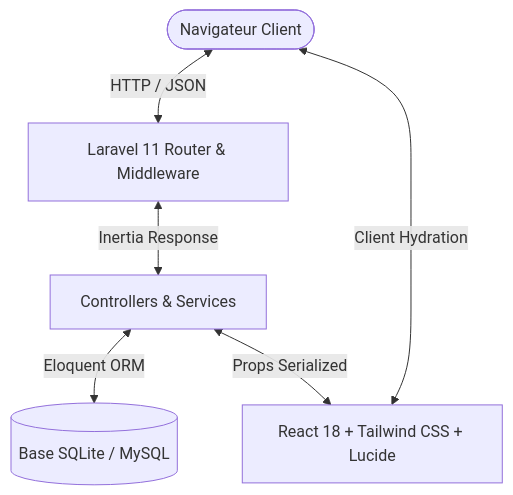
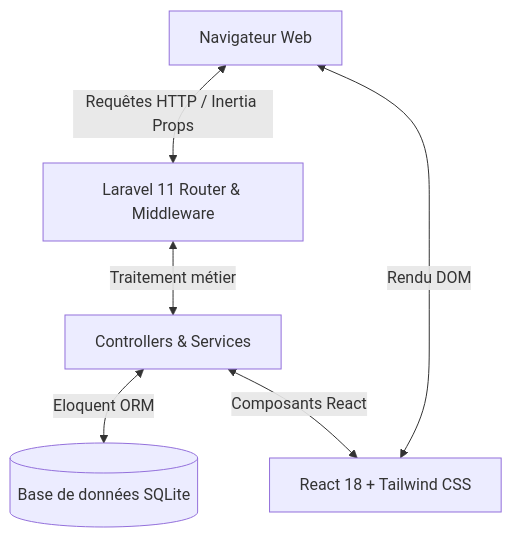
The diagram in README.md (EsdrasKoami/pulse--App), drawn with Mermaid before and after one commit. The commit also changed other lines of this file and 8 other files, not shown here.

````diff
--- a/README.md
+++ b/README.md
@@ -195,8 +199,8 @@
 ```mermaid
 graph TD
-    User([Navigateur Client]) <-->|HTTP / JSON| Router[Laravel 11 Router & Middleware]
-    Router <-->|Inertia Response| Controllers[Controllers & Services]
-    Controllers <-->|Eloquent ORM| SQLite[(Base SQLite / MySQL)]
-    Controllers <-->|Props Serialized| ReactUI[React 18 + Tailwind CSS + Lucide]
-    ReactUI <-->|Client Hydration| User
+    Client[Navigateur Web] <-->|Requêtes HTTP / Inertia Props| AppRouter[Laravel 11 Router & Middleware]
+    AppRouter <-->|Traitement métier| AppControllers[Controllers & Services]
+    AppControllers <-->|Eloquent ORM| AppDatabase[(Base de données SQLite)]
+    AppControllers <-->|Composants React| InertiaFrontend[React 18 + Tailwind CSS]
+    InertiaFrontend <-->|Rendu DOM| Client
 ```
````
